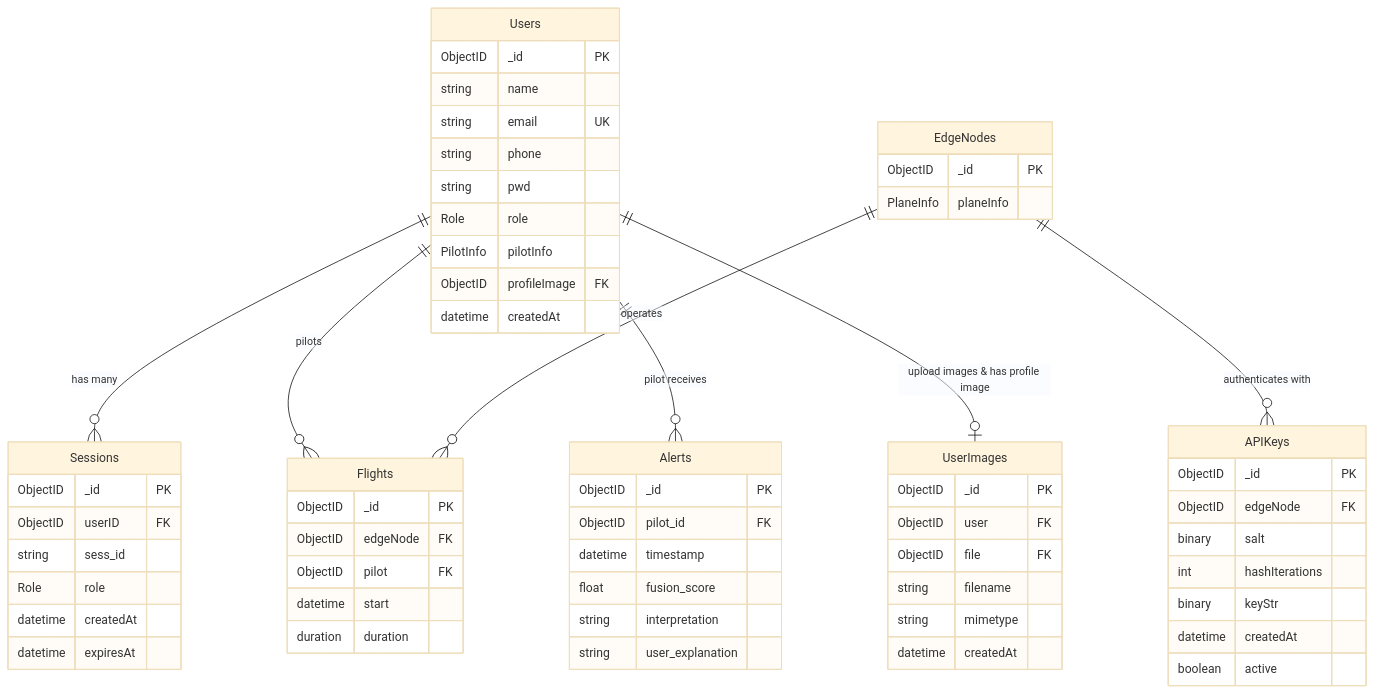
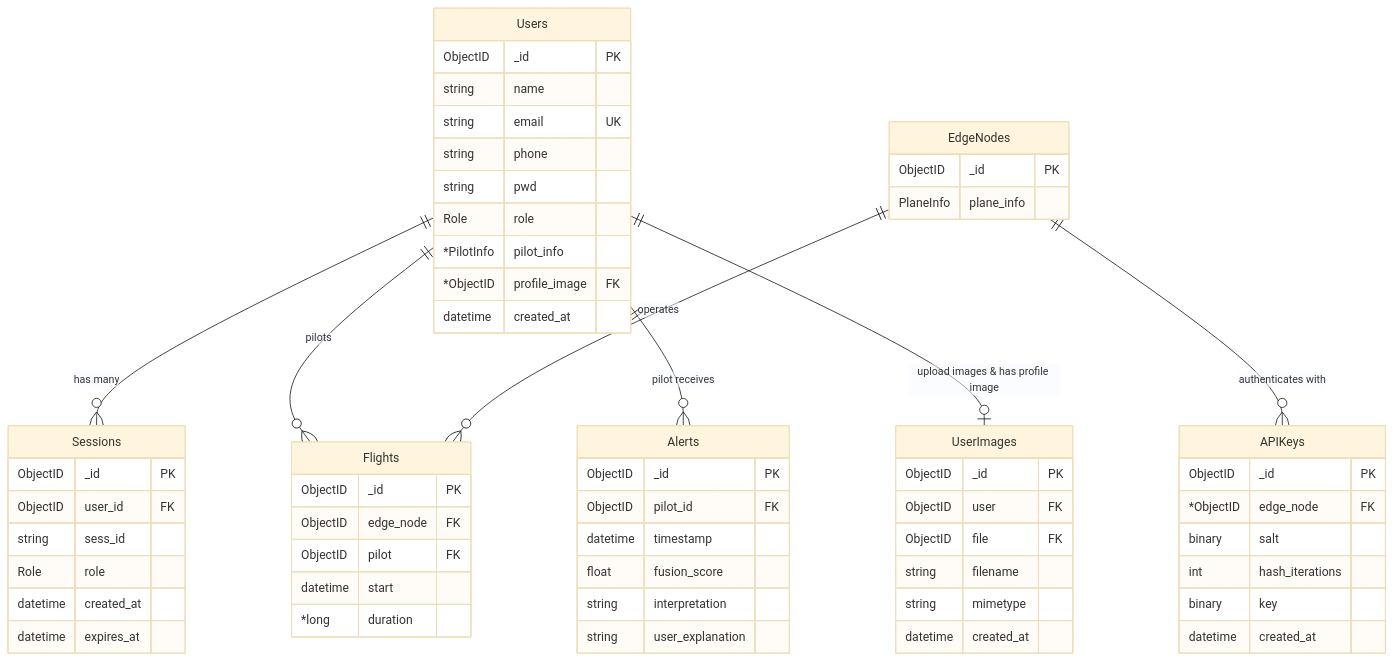
One commit to RoundRobinHood/cogniflight-cloud changed the first of 2 diagrams in docs/assignment2.md. Above: the diagram before and after it, drawn with Mermaid (base theme). The commit also changed other lines of this file and 10 other files, not shown here.

````diff
--- a/docs/assignment2.md
+++ b/docs/assignment2.md
@@ -77,71 +77,70 @@
 ```mermaid
 erDiagram
     Users {
         ObjectID _id PK
         string name
         string email UK
         string phone
         string pwd
         Role role
-        PilotInfo pilotInfo
-        ObjectID profileImage FK
-        datetime createdAt
+        *PilotInfo pilot_info
+        *ObjectID profile_image FK
+        datetime created_at
     }
     
     Sessions {
         ObjectID _id PK
-        ObjectID userID FK
+        ObjectID user_id FK
         string sess_id
         Role role
-        datetime createdAt
-        datetime expiresAt
+        datetime created_at
+        datetime expires_at
     }
     
     EdgeNodes {
         ObjectID _id PK
-        PlaneInfo planeInfo
+        PlaneInfo plane_info
     }
     
     Flights {
         ObjectID _id PK
-        ObjectID edgeNode FK
+        ObjectID edge_node FK
         ObjectID pilot FK
         datetime start
-        duration duration
+        *long duration
     }
     
     Alerts {
         ObjectID _id PK
         ObjectID pilot_id FK
         datetime timestamp
         float fusion_score
         string interpretation
         string user_explanation
     }
     
     APIKeys {
         ObjectID _id PK
-        ObjectID edgeNode FK
+        *ObjectID edge_node FK
         binary salt
-        int hashIterations
-        binary keyStr
-        datetime createdAt
-        boolean active
+        int hash_iterations
+        binary key
+        datetime created_at
     }
     
     UserImages {
         ObjectID _id PK
         ObjectID user FK
         ObjectID file FK
         string filename
         string mimetype
-        datetime createdAt
+        datetime created_at
     }
 
     Users ||--o{ Sessions : "has many"
     Users ||--o{ Flights : "pilots" 
     Users ||--o{ Alerts : "pilot receives"
     Users ||--o| UserImages : "upload images & has profile image"
     EdgeNodes ||--o{ Flights : "operates"
     EdgeNodes ||--o{ APIKeys : "authenticates with"
 ```
````
